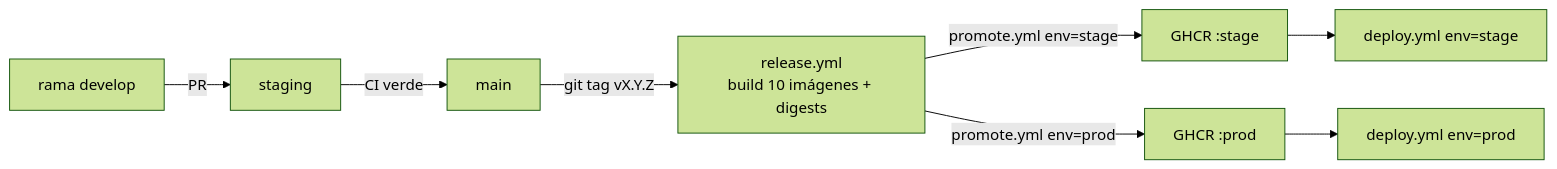
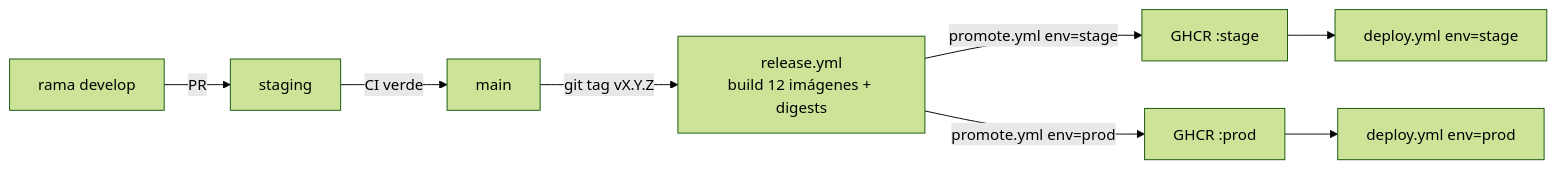
One commit to xozan845-ctrl/core-engine changed the diagram in .github/README.md. Above: the diagram before and after it, drawn with Mermaid (forest theme). The commit also changed other lines of this file and 672 other files, not shown here.

````diff
--- a/.github/README.md
+++ b/.github/README.md
@@ -37,10 +39,10 @@
 ```mermaid
 flowchart LR
     A[rama develop] -->|PR| B[staging]
     B -->|CI verde| C[main]
-    C -->|git tag vX.Y.Z| R["release.yml\nbuild 10 imágenes + digests"]
+    C -->|git tag vX.Y.Z| R["release.yml\nbuild 12 imágenes + digests"]
     R -->|"promote.yml env=stage"| S["GHCR :stage"]
     R -->|"promote.yml env=prod"| P["GHCR :prod"]
     S --> DX["deploy.yml env=stage"]
     P --> DP["deploy.yml env=prod"]
 ```
````
